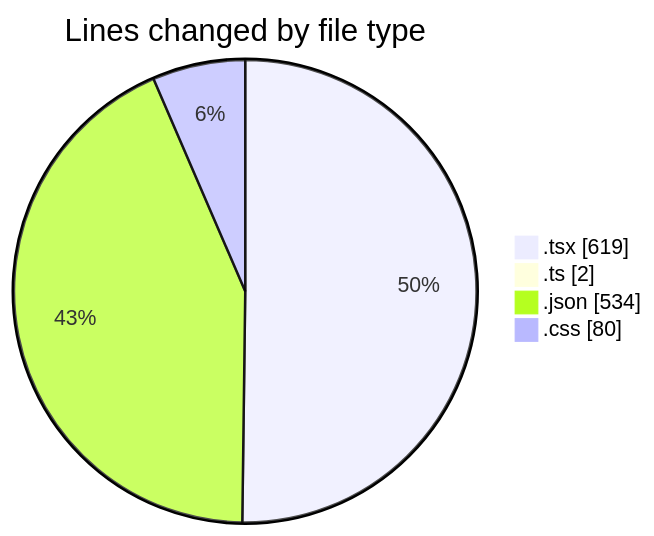
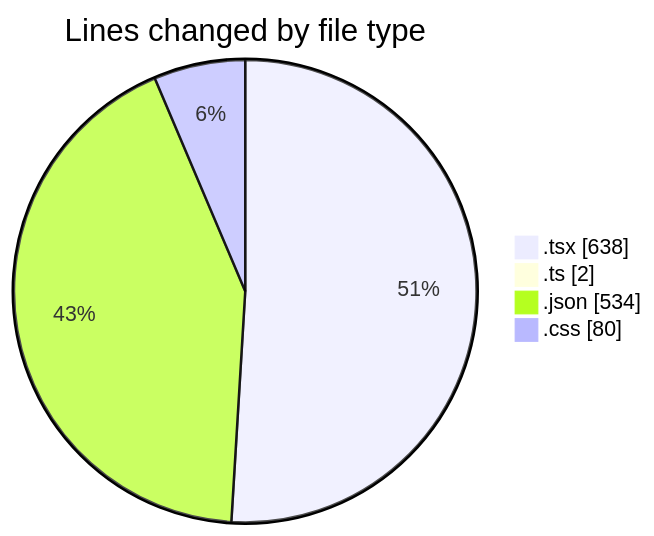
One commit to EIIisD/code-tracking changed the first of 2 diagrams in 2025-08-02/tw-server/README.md. Above: the diagram before and after it, drawn with Mermaid. The commit also changed other lines of this file and 1 other file, not shown here.

````diff
--- a/2025-08-02/tw-server/README.md
+++ b/2025-08-02/tw-server/README.md
@@ -25,8 +25,8 @@
 ```mermaid
 pie showData
 title Lines changed by file type
-".tsx" : 619
+".tsx" : 638
 ".ts" : 2
 ".json" : 534
 ".css" : 80
 ```
````
